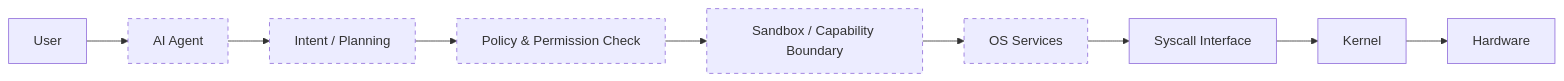
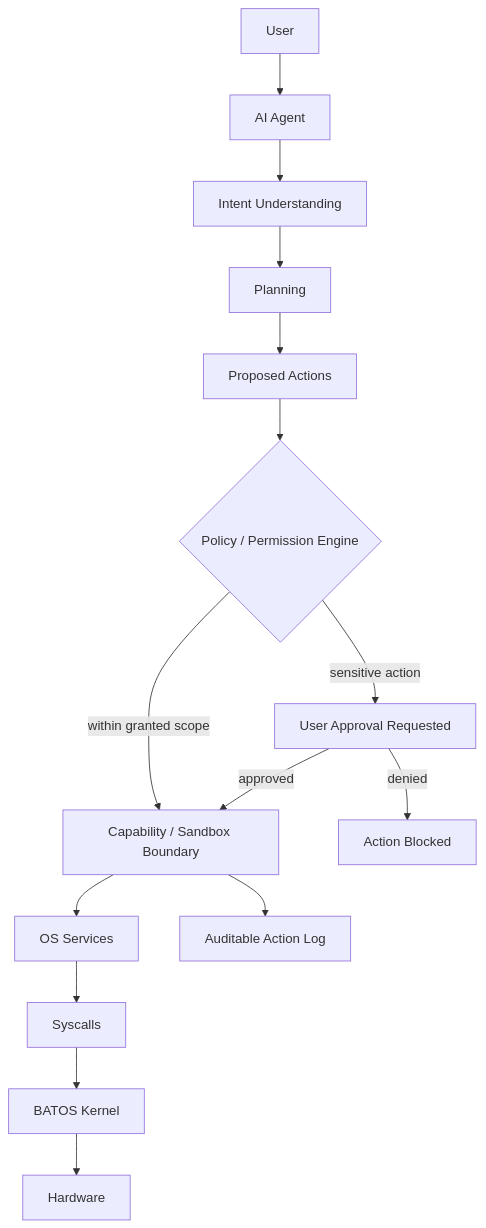
Diagram 11 of 13 in README.md (aliashrafabbasi/batos-os), drawn with Mermaid before and after one commit. The commit also changed other lines of this file, not shown here.

````diff
--- a/README.md
+++ b/README.md
@@ -294,17 +394,20 @@
 ```mermaid
-flowchart LR
-    U["User"] --> AG["AI Agent"]
-    AG --> IP["Intent / Planning"]
-    IP --> POL["Policy & Permission Check"]
-    POL --> SB["Sandbox / Capability Boundary"]
-    SB --> OS["OS Services"]
-    OS --> SC["Syscall Interface"]
-    SC --> K["Kernel"]
-    K --> HW["Hardware"]
+flowchart TD
+    USER["User"] --> AGENT["AI Agent"]
+    AGENT --> INTENT["Intent Understanding"]
+    INTENT --> PLAN["Planning"]
+    PLAN --> ACTIONS["Proposed Actions"]
 
-    style AG stroke-dasharray: 5 5
-    style IP stroke-dasharray: 5 5
-    style POL stroke-dasharray: 5 5
-    style SB stroke-dasharray: 5 5
-    style OS stroke-dasharray: 5 5
+    ACTIONS --> POLICY{"Policy / Permission Engine"}
+    POLICY -->|"sensitive action"| APPROVAL["User Approval Requested"]
+    POLICY -->|"within granted scope"| SANDBOX["Capability / Sandbox Boundary"]
+    APPROVAL -->|"approved"| SANDBOX
+    APPROVAL -->|"denied"| STOP["Action Blocked"]
+
+    SANDBOX --> SVC["OS Services"]
+    SVC --> SC["Syscalls"]
+    SC --> KERNELA["BATOS Kernel"]
+    KERNELA --> HW4["Hardware"]
+
+    SANDBOX --> AUDITLOG["Auditable Action Log"]
 ```
````
